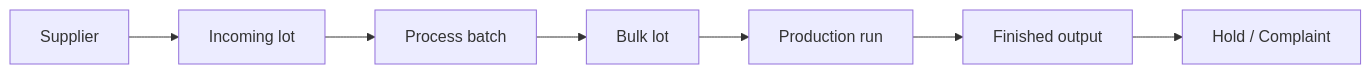
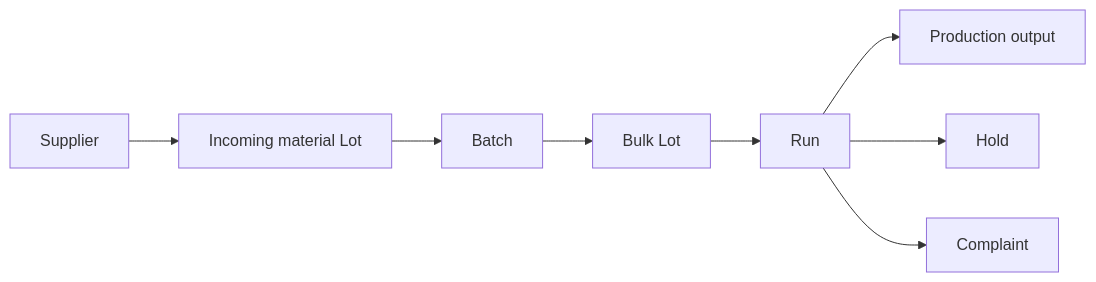
One commit to Tom-PIT/TomPIT.Pulse.Connector changed the fourth of 5 diagrams in docs/models/manufacturing/food-and-beverage/end-to-end-integration.md. Above: the diagram before and after it, drawn with Mermaid. The commit also changed other lines of this file and 16 other files, not shown here.

````diff
--- a/docs/models/manufacturing/food-and-beverage/end-to-end-integration.md
+++ b/docs/models/manufacturing/food-and-beverage/end-to-end-integration.md
@@ -123,9 +268,11 @@
 ```mermaid
 flowchart LR
-    A["Supplier"] --> B["Incoming lot"]
-    B --> C["Process batch"]
-    C --> D["Bulk lot"]
-    D --> E["Production run"]
-    E --> F["Finished output"]
-    F --> G["Hold / Complaint"]
+    A["Supplier"] --> B["Incoming material Lot"]
+    B --> C["Batch"]
+    C --> D["Bulk Lot"]
+    D --> E["Run"]
+    E --> F["Production output"]
+
+    E --> G["Hold"]
+    E --> H["Complaint"]
 ```
````
